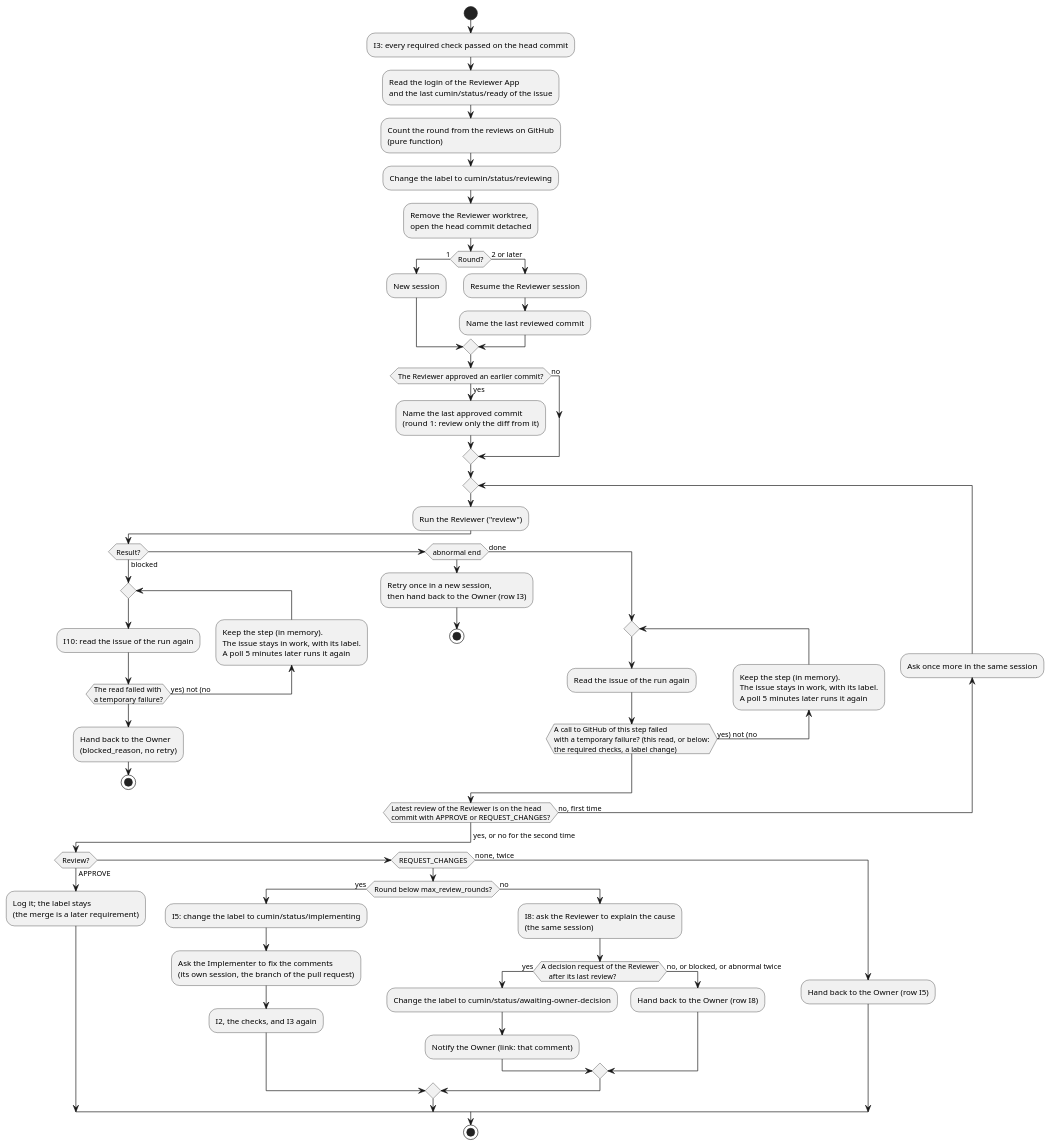
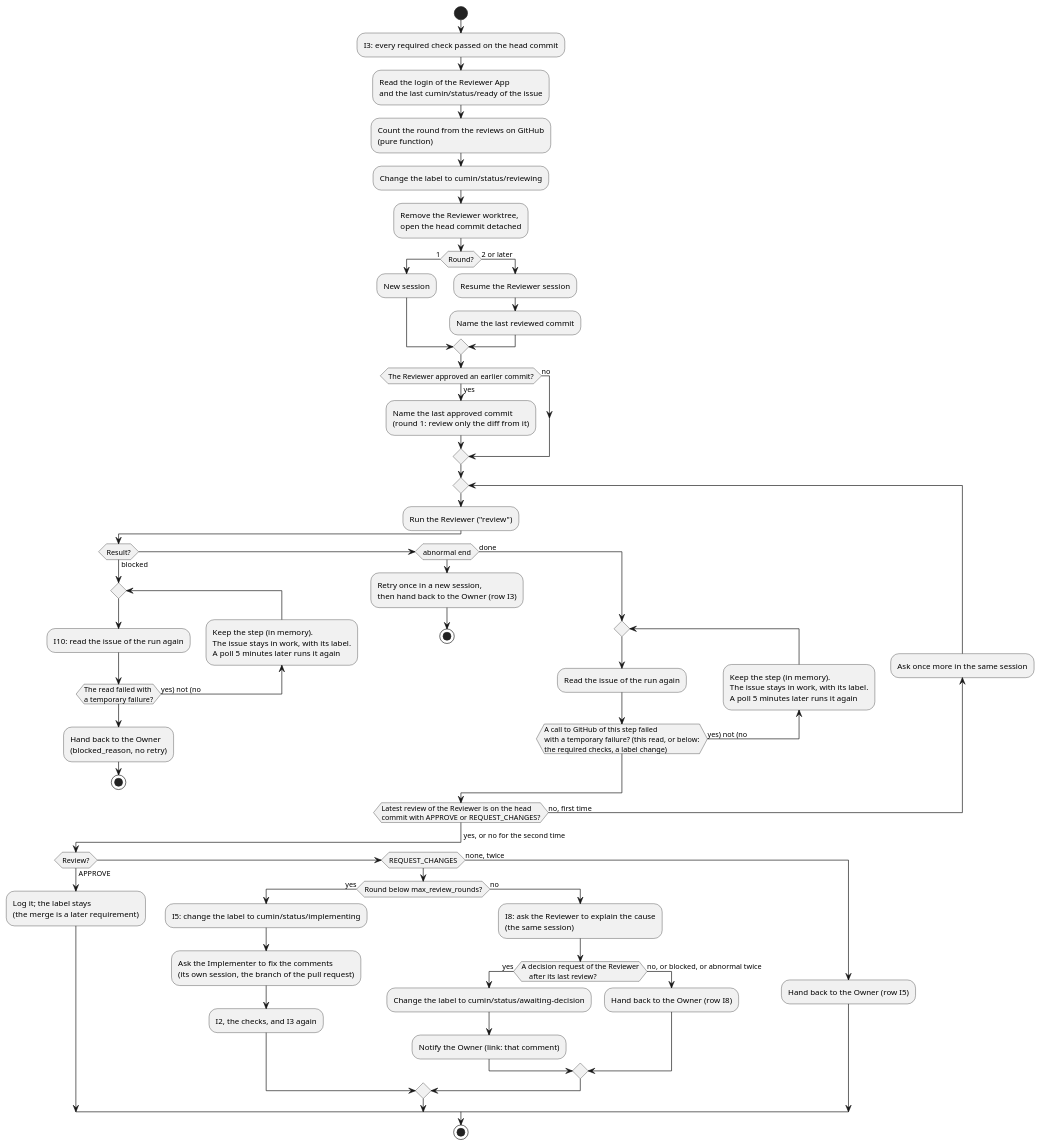
The diagram in docs/ja/designs/poll-review.puml (cloveclovedev/cumin-works), drawn with PlantUML before and after one commit. The commit also changed 56 other files, not shown here.

```diff
--- a/docs/ja/designs/poll-review.puml
+++ b/docs/ja/designs/poll-review.puml
@@ -1,83 +1,83 @@
 @startuml poll-review
 ' cumin works - the Reviewer request (I3), the check of its review after the run, the kept step after a temporary failure, I5, I8, and I10.
 ' Document: poll.md, section on the Reviewer request.
 ' Render: run scripts/render-diagrams.sh at the root of the repository.
 skinparam shadowing false
 skinparam defaultFontName sans-serif
 
 start
 :I3: every required check passed on the head commit;
 :Read the login of the Reviewer App
 and the last cumin/status/ready of the issue;
 :Count the round from the reviews on GitHub
 (pure function);
 :Change the label to cumin/status/reviewing;
 :Remove the Reviewer worktree,
 open the head commit detached;
 if (Round?) then (1)
   :New session;
 else (2 or later)
   :Resume the Reviewer session;
   :Name the last reviewed commit;
 endif
 if (The Reviewer approved an earlier commit?) then (yes)
   :Name the last approved commit
   (round 1: review only the diff from it);
 else (no)
 endif
 repeat
   :Run the Reviewer ("review");
   if (Result?) then (blocked)
     repeat
       :I10: read the issue of the run again;
       backward :Keep the step (in memory).
       The issue stays in work, with its label.
       A poll 5 minutes later runs it again;
     repeat while (The read failed with
     a temporary failure?) is (yes) not (no)
     :Hand back to the Owner
     (blocked_reason, no retry);
     stop
   elseif (abnormal end) then
     :Retry once in a new session,
     then hand back to the Owner (row I3);
     stop
   else (done)
     repeat
       :Read the issue of the run again;
       backward :Keep the step (in memory).
       The issue stays in work, with its label.
       A poll 5 minutes later runs it again;
     repeat while (A call to GitHub of this step failed
     with a temporary failure? (this read, or below:
     the required checks, a label change)) is (yes) not (no)
   endif
   backward:Ask once more in the same session;
 repeat while (Latest review of the Reviewer is on the head
 commit with APPROVE or REQUEST_CHANGES?) is (no, first time)
 ->yes, or no for the second time;
 if (Review?) then (APPROVE)
   :Log it; the label stays
   (the merge is a later requirement);
 elseif (REQUEST_CHANGES) then
   if (Round below max_review_rounds?) then (yes)
     :I5: change the label to cumin/status/implementing;
     :Ask the Implementer to fix the comments
     (its own session, the branch of the pull request);
     :I2, the checks, and I3 again;
   else (no)
     :I8: ask the Reviewer to explain the cause
     (the same session);
     if (A decision request of the Reviewer
     after its last review?) then (yes)
-      :Change the label to cumin/status/awaiting-owner-decision;
+      :Change the label to cumin/status/awaiting-decision;
       :Notify the Owner (link: that comment);
     else (no, or blocked, or abnormal twice)
       :Hand back to the Owner (row I8);
     endif
   endif
 else (none, twice)
   :Hand back to the Owner (row I5);
 endif
 stop
 @enduml
```
